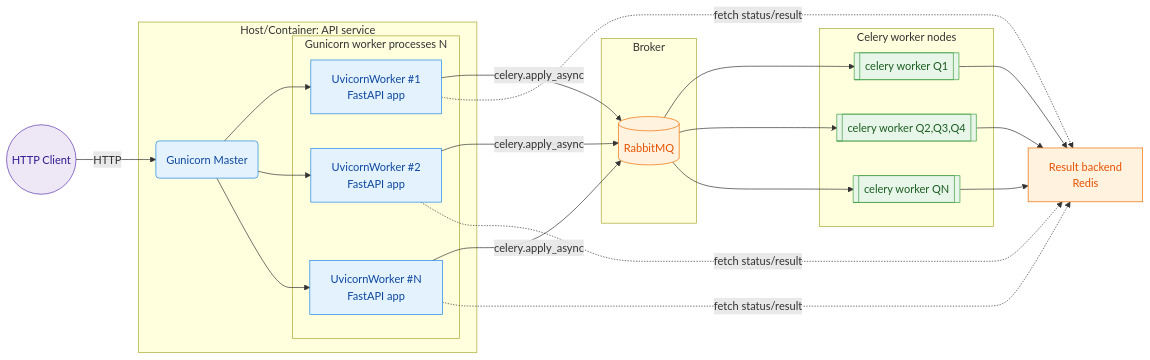
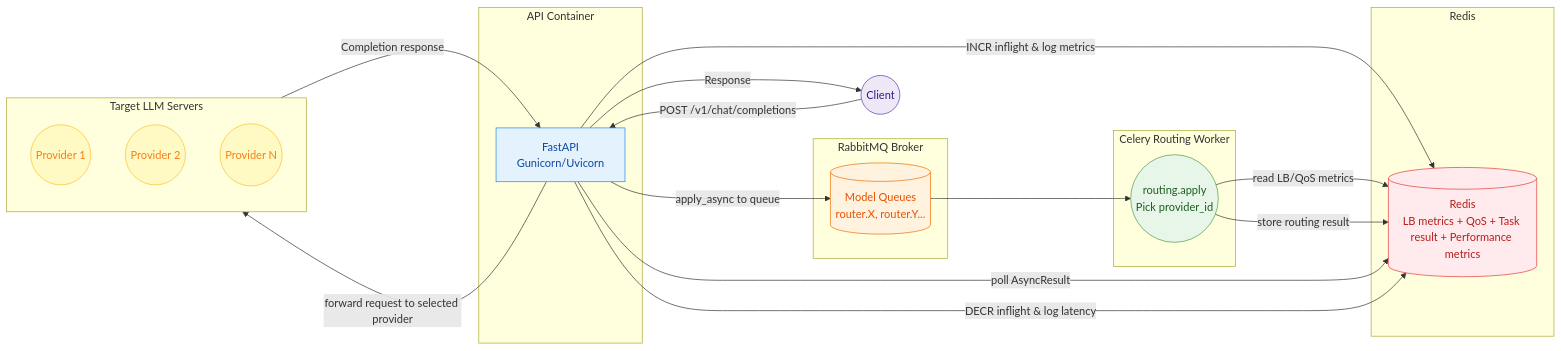
One commit to etalab-ia/OpenGateLLM changed the first of 2 diagrams in docs/celery.md. Above: the diagram before and after it, drawn with Mermaid. The commit also changed other lines of this file and 4 other files, not shown here.

````diff
--- a/docs/celery.md
+++ b/docs/celery.md
@@ -1,59 +1,53 @@
 ```mermaid
 flowchart LR
-  classDef boundary fill:#f5f5f5,stroke:#9e9e9e,stroke-dasharray: 5 5,color:#424242;
-  classDef proc fill:#e3f2fd,stroke:#1e88e5,stroke-width:1px,color:#0d47a1;
+  classDef boundary fill:#f5f5f5,stroke:#9e9e9e,stroke-dasharray:5 5,color:#424242;
+  classDef api fill:#e3f2fd,stroke:#1e88e5,color:#0d47a1;
   classDef broker fill:#fff3e0,stroke:#ef6c00,color:#e65100;
-  classDef cworker fill:#e8f5e9,stroke:#43a047,color:#1b5e20;
+  classDef worker fill:#e8f5e9,stroke:#43a047,color:#1b5e20;
+  classDef redis fill:#ffebee,stroke:#e53935,color:#b71c1c;
   classDef client fill:#ede7f6,stroke:#5e35b1,color:#311b92;
+  classDef provider fill:#fff9c4,stroke:#fbc02d,color:#f57f17;
 
-  Client((HTTP Client)):::client
+  Client((Client)):::client
 
-  subgraph API[Host/Container: API service]
+  subgraph API[API Container]
     class API boundary
-    M(Gunicorn Master):::proc
-    subgraph GW[Gunicorn worker processes N]
-      class GW boundary
-      W1[UvicornWorker #1<br/>FastAPI app]:::proc
-      W2[UvicornWorker #2<br/>FastAPI app]:::proc
-      Wn[UvicornWorker #N<br/>FastAPI app]:::proc
-    end
-    M --> W1
-    M --> W2
-    M --> Wn
+    FastAPI[FastAPI<br/>Gunicorn/Uvicorn]:::api
   end
 
-  Client -->|HTTP| M
-
-  subgraph MQB[Broker]
-    class MQB boundary
-    MQ[(RabbitMQ)]:::broker
+  subgraph MQ[RabbitMQ Broker]
+    class MQ boundary
+    Q[(Model Queues<br/>router.X, router.Y...)]:::broker
   end
 
-  subgraph CWG[Celery worker nodes]
-    class CWG boundary
-    C1[[celery worker Q1]]:::cworker
-    C2[[celery worker Q2,Q3,Q4]]:::cworker
-    Cn[[celery worker QN]]:::cworker
+  subgraph CW[Celery Routing Worker]
+    class CW boundary
+    WR((routing.apply<br/>Pick provider_id)):::worker
   end
 
-  %% FastAPI publishes tasks
-  W1 -- "celery.apply_async" --> MQ
-  W2 -- "celery.apply_async" --> MQ
-  Wn -- "celery.apply_async" --> MQ
+  subgraph R[Redis]
+    class R boundary
+    REDIS[(Redis<br/>LB metrics + QoS + Task result + Performance metrics)]:::redis
+  end
 
-  %% Celery workers consume tasks
-  MQ --> C1
-  MQ --> C2
-  MQ --> Cn
+  subgraph PROVIDER[Target LLM Servers]
+    class PROVIDER boundary
+    S1((Provider 1)):::provider
+    S2((Provider 2)):::provider
+    S3((Provider N)):::provider
+  end
 
-  %% Optional: result backend (could be Redis/DB)
-  RB[Result backend<br/>Redis]:::broker
-  C1 --> RB
-  C2 --> RB
-  Cn --> RB
+  Client -->|POST /v1/chat/completions| FastAPI
+  FastAPI -->|INCR inflight & log metrics| REDIS
 
-  %% FastAPI polls for results if you're using 202+poll pattern
-  W1 -. fetch status/result .-> RB
-  W2 -. fetch status/result .-> RB
-  Wn -. fetch status/result .-> RB
+  FastAPI -->|apply_async to queue| Q
+  Q --> WR
+  WR -->|read LB/QoS metrics| REDIS
+  WR -->|store routing result| REDIS
+  FastAPI -->|poll AsyncResult| REDIS
+  FastAPI -->|forward request to selected provider| PROVIDER
+  PROVIDER -- Completion response --> FastAPI
+  FastAPI -->|DECR inflight & log latency| REDIS
+  FastAPI -- Response --> Client
+
   ```
````
